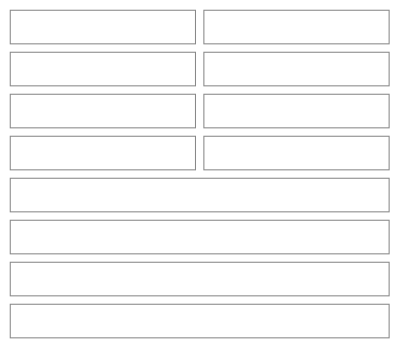
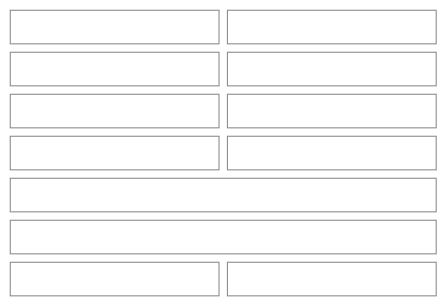
Before and after one commit to NovaMoonX/moondreams-dev-apps: the eighth of 31 diagrams in src/apps/pinch/UX.md, drawn with Mermaid. The commit also changed other lines of this file and 206 other files, not shown here.

````diff
--- a/src/apps/pinch/UX.md
+++ b/src/apps/pinch/UX.md
@@ -225,29 +268,29 @@
 ```mermaid
 %%{init: {'theme': 'base', 'themeVariables': {'primaryColor': 'transparent', 'primaryBorderColor': '#888888', 'primaryTextColor': '#333333', 'lineColor': '#888888'}}}%%
 block-beta
   columns 2
   P1["‹ Back"]:1
   P2["🍝 Dinner · Tue, Oct 13"]:1
   P3["Adobo chicken"]:1
   P4["2 servings · $6.40"]:1
   P5["Cilantro lime rice"]:1
   P6["2 servings · $2.70"]:1
   P7["Salsa"]:1
   P8["1 serving · $0.80"]:1
-  P9["Calories 640 · Protein 48 g (per serving, when on)"]:2
-  P10["✏️ Change items or servings"]:2
-  P11["💾 Save as a meal · 📋 Copy"]:2
-  P12["Remove from this day"]:2
+  P9["Cost $9.90 ⚠ · 🔥 640 · 💪 48g (for the plate, when on)"]:2
+  P10["Remove from this day"]:2
+  P11["Modify"]:1
+  P12["Save as a meal"]:1
   style P1 fill:transparent,stroke:#888888,stroke-width:1px;
   style P2 fill:transparent,stroke:#888888,stroke-width:1px;
   style P3 fill:transparent,stroke:#888888,stroke-width:1px;
   style P4 fill:transparent,stroke:#888888,stroke-width:1px;
   style P5 fill:transparent,stroke:#888888,stroke-width:1px;
   style P6 fill:transparent,stroke:#888888,stroke-width:1px;
   style P7 fill:transparent,stroke:#888888,stroke-width:1px;
   style P8 fill:transparent,stroke:#888888,stroke-width:1px;
   style P9 fill:transparent,stroke:#888888,stroke-width:1px;
   style P10 fill:transparent,stroke:#888888,stroke-width:1px;
   style P11 fill:transparent,stroke:#888888,stroke-width:1px;
   style P12 fill:transparent,stroke:#888888,stroke-width:1px;
 ```
````
